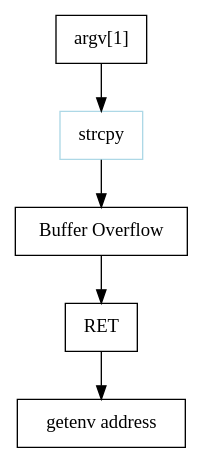
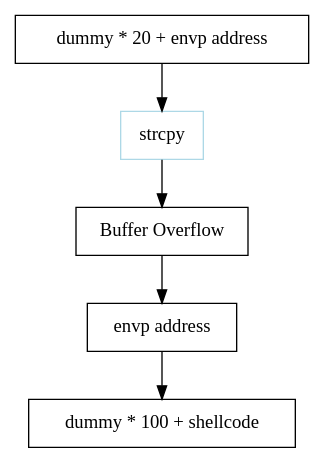
Before and after one commit to joizel/ctf_writeup: the diagram in docs/wargame/pwnable/lob2.rst, drawn with Graphviz. The commit also changed other lines of this file and 11 other files, not shown here.

```diff
--- a/docs/wargame/pwnable/lob2.rst
+++ b/docs/wargame/pwnable/lob2.rst
@@ -6,11 +6,11 @@
 .. graphviz::
 
     digraph foo {
         a -> b -> c -> d -> e;
 
-        a [shape=box, label="argv[1]"];
+        a [shape=box, label="dummy * 20 + envp address"];
         b [shape=box, color=lightblue, label="strcpy"];
         c [shape=box, label="Buffer Overflow"];
-        d [shape=box, label="RET"];
-        e [shape=box, label="getenv address"];
+        d [shape=box, label="envp address"];
+        e [shape=box, label="dummy * 100 + shellcode"];
     }
```
